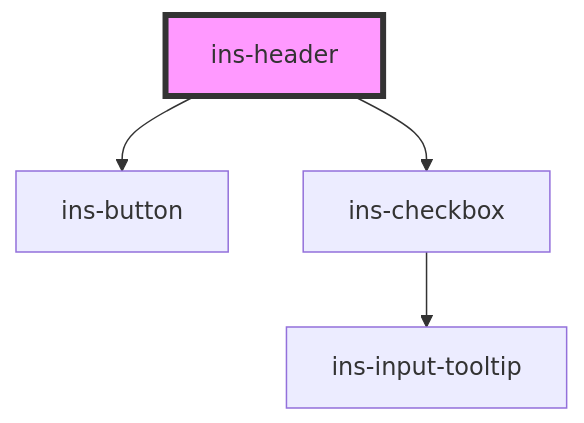
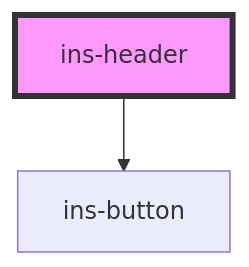
One commit to insites-io/insites-components-v3 changed the diagram in components/src/components/ins-header/README.md. Above: the diagram before and after it, drawn with Mermaid. The commit also changed other lines of this file and 5 other files, not shown here.

````diff
--- a/components/src/components/ins-header/README.md
+++ b/components/src/components/ins-header/README.md
@@ -204,7 +203,5 @@
 ```mermaid
 graph TD;
   ins-header --> ins-button
-  ins-header --> ins-checkbox
-  ins-checkbox --> ins-input-tooltip
   style ins-header fill:#f9f,stroke:#333,stroke-width:4px
 ```
````
